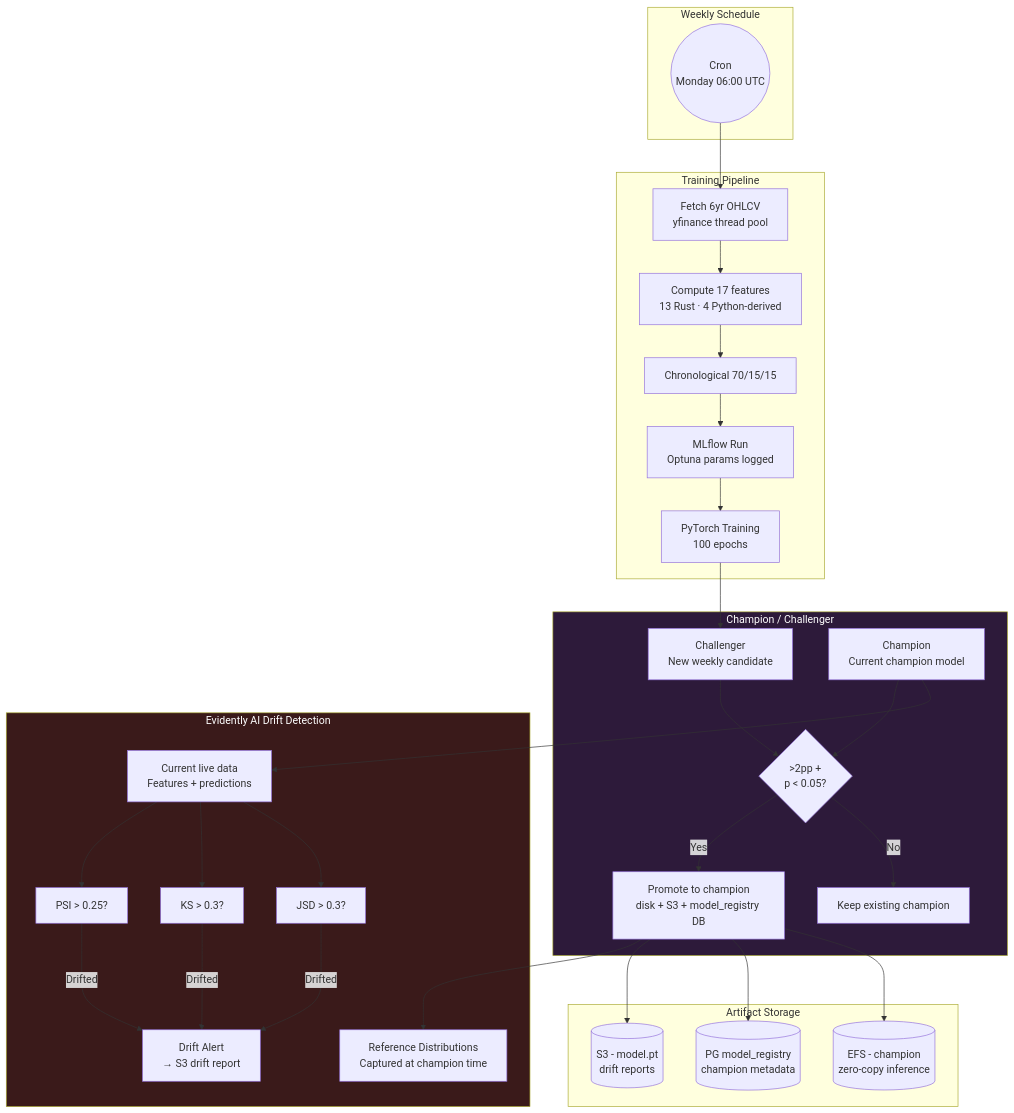
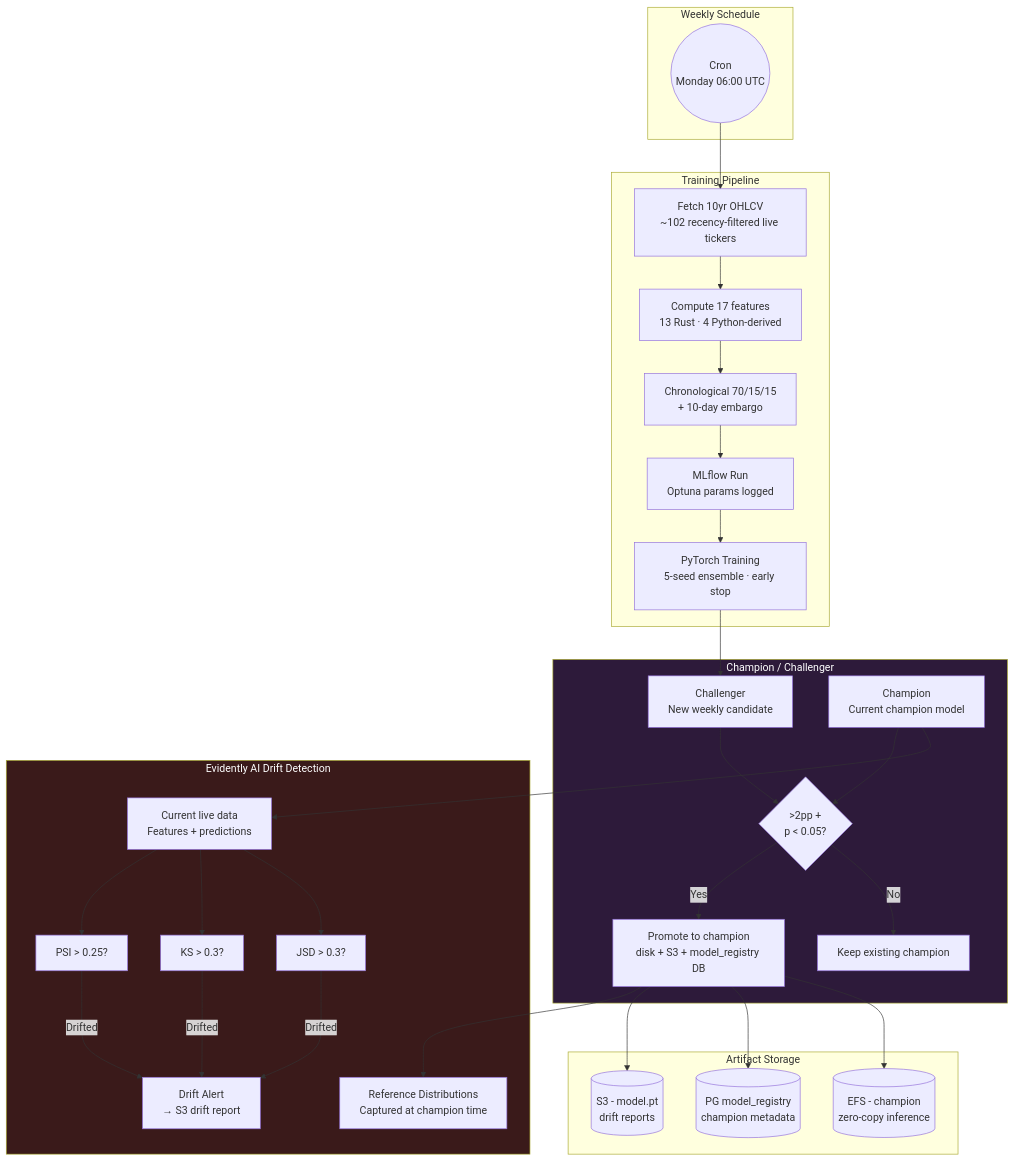
Before and after one commit to AhmedIkram05/stocklens: the seventh of 10 diagrams in docs/deep-dives.md, drawn with Mermaid. The commit also changed other lines of this file, not shown here.

````diff
--- a/docs/deep-dives.md
+++ b/docs/deep-dives.md
@@ -574,67 +574,67 @@
 ```mermaid
 flowchart TB
     subgraph Weekly["Weekly Schedule"]
         START((Cron<br/>Monday 06:00 UTC))
     end
 
     subgraph Training["Training Pipeline"]
-        FETCH[Fetch 6yr OHLCV<br/>yfinance thread pool]
+        FETCH[Fetch 10yr OHLCV<br/>~102 recency-filtered live tickers]
         COMP[Compute 17 features<br/>13 Rust · 4 Python-derived]
-        SPLIT[Chronological 70/15/15]
+        SPLIT[Chronological 70/15/15<br/>+ 10-day embargo]
         MLFLOW[MLflow Run<br/>Optuna params logged]
-        TRAINPT[PyTorch Training<br/>100 epochs]
+        TRAINPT[PyTorch Training<br/>5-seed ensemble · early stop]
     end
 
     subgraph Eval["Champion / Challenger"]
         CHAL[Challenger<br/>New weekly candidate]
         CHAMP[Champion<br/>Current champion model]
         COMPARE{>2pp +<br/>p < 0.05?}
         PROMOTE[Promote to champion<br/>disk + S3 + model_registry DB]
         SKIP[Keep existing champion]
     end
 
     subgraph Drift["Evidently AI Drift Detection"]
         REF[Reference Distributions<br/>Captured at champion time]
         CURRENT[Current live data<br/>Features + predictions]
         PSI[PSI > 0.25?]
         KS[KS > 0.3?]
         JS[JSD > 0.3?]
         ALERT[Drift Alert<br/>→ S3 drift report]
     end
 
     subgraph Storage["Artifact Storage"]
         S3[(S3 - model.pt<br/>drift reports)]
         DB[(PG model_registry<br/>champion metadata)]
         DISK[(EFS - champion<br/>zero-copy inference)]
     end
 
     START --> FETCH
     FETCH --> COMP
     COMP --> SPLIT
     SPLIT --> MLFLOW
     MLFLOW --> TRAINPT
 
     TRAINPT --> CHAL
     COMPARE -->|Yes| PROMOTE
     COMPARE -->|No| SKIP
 
     CHAL --> COMPARE
     CHAMP --> COMPARE
 
     PROMOTE --> REF
     CHAMP --> CURRENT
 
     CURRENT --> PSI
     CURRENT --> KS
     CURRENT --> JS
     PSI -->|Drifted| ALERT
     KS -->|Drifted| ALERT
     JS -->|Drifted| ALERT
 
     PROMOTE --> S3
     PROMOTE --> DB
     PROMOTE --> DISK
 
     style Eval fill:#2d1a3a,color:#fff
     style Drift fill:#3a1a1a,color:#fff
 ```
````
